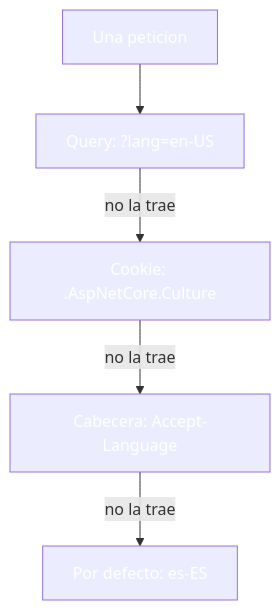
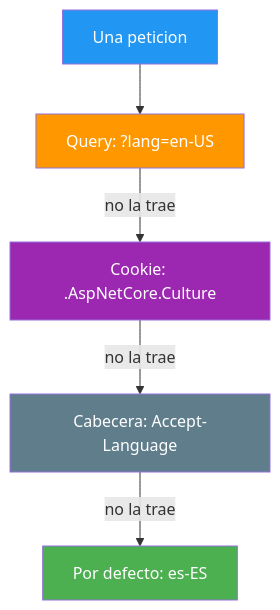
One commit to joseluisgs/DesarrolloWebEntornosServidor-03-2026-2027 changed the third of 5 diagrams in 22-i18n-localizacion.md. Above: the diagram before and after it, drawn with Mermaid. The commit also changed other lines of this file and 25 other files, not shown here.

Commit message:
docs: corregir los estilos Mermaid de los temas y alinear el dominio del tema 25 con ProductosApp

````diff
--- a/22-i18n-localizacion.md
+++ b/22-i18n-localizacion.md
@@ -170,12 +170,12 @@
 ```mermaid
 graph TD
     P["Una peticion"] --> Q["Query: ?lang=en-US"]
     Q -->|no la trae| C["Cookie: .AspNetCore.Culture"]
     C -->|no la trae| A["Cabecera: Accept-Language"]
     A -->|no la trae| D["Por defecto: es-ES"]
-    style P fill:#2196F,color:#fff3,color:#fff
-    style Q fill:#FF980,color:#fff0,color:#fff
-    style C fill:#9C27B,color:#fff0,color:#fff
-    style A fill:#607D8,color:#fffB,color:#fff
-    style D fill:#4CAF5,color:#fff0,color:#fff
+    style P fill:#2196F3,color:#fff
+    style Q fill:#FF9800,color:#fff
+    style C fill:#9C27B0,color:#fff
+    style A fill:#607D8B,color:#fff
+    style D fill:#4CAF50,color:#fff
 ```
````
